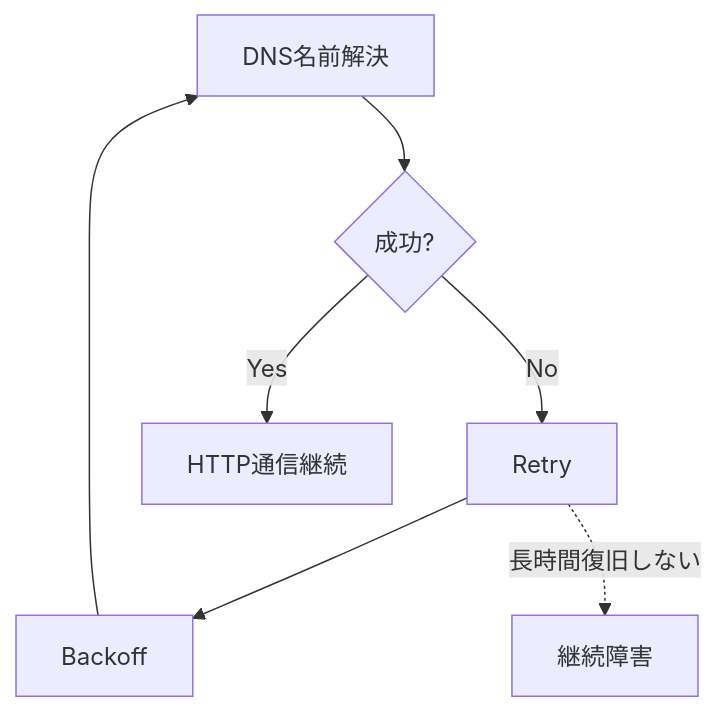
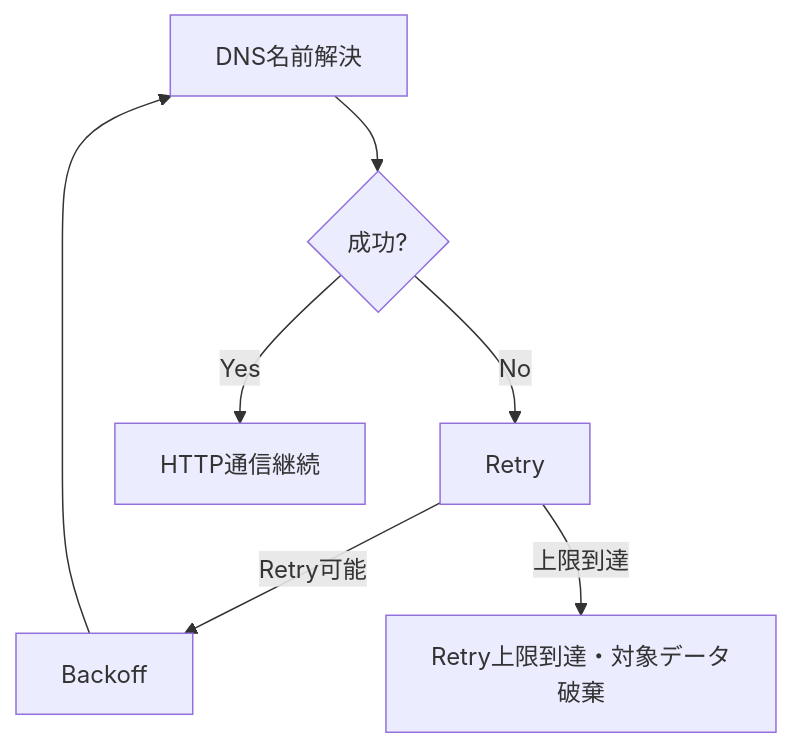
One commit to yujimasuda77777/Raspberry_Pi_4B_Edge_IoT_System changed diagram 22 of 46 in docs/05_operation_recovery.md. Above: the diagram before and after it, drawn with Mermaid. The commit also changed other lines of this file and 1 other file, not shown here.

````diff
--- a/docs/05_operation_recovery.md
+++ b/docs/05_operation_recovery.md
@@ -1134,18 +1080,18 @@
 ```mermaid
 flowchart TD
     DNS["DNS名前解決"]
     Success{"成功?"}
     Retry["Retry"]
     Backoff["Backoff"]
     Continue["HTTP通信継続"]
-    Error["継続障害"]
+    Discard["Retry上限到達・対象データ破棄"]
 
     DNS --> Success
 
     Success -->|Yes| Continue
     Success -->|No| Retry
 
-    Retry --> Backoff
+    Retry -->|Retry可能| Backoff
+    Retry -->|上限到達| Discard
     Backoff --> DNS
-    Retry -.->|長時間復旧しない| Error
 ```
````
